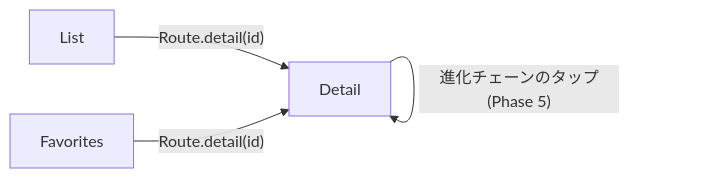
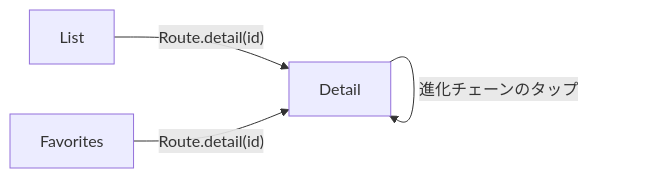
One commit to chippy-ao/swift-pokedex changed the diagram in feature/PokedexFeature/README.md. Above: the diagram before and after it, drawn with Mermaid. The commit also changed other lines of this file and 23 other files, not shown here.

````diff
--- a/feature/PokedexFeature/README.md
+++ b/feature/PokedexFeature/README.md
@@ -59,6 +48,6 @@
 ```mermaid
 flowchart LR
     List -->|"Route.detail(id)"| Detail
     Favorites -->|"Route.detail(id)"| Detail
-    Detail -->|"進化チェーンのタップ(Phase 5)"| Detail
+    Detail -->|"進化チェーンのタップ"| Detail
 ```
````
